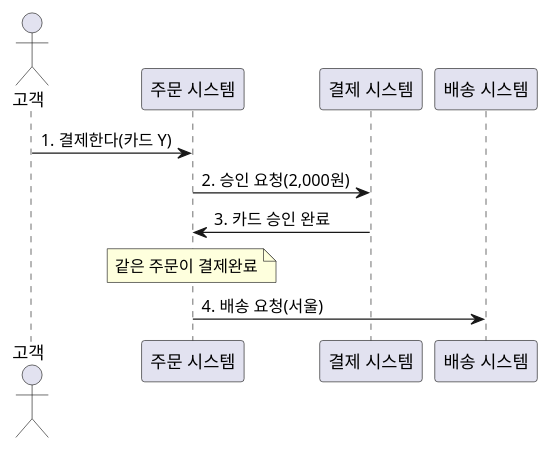
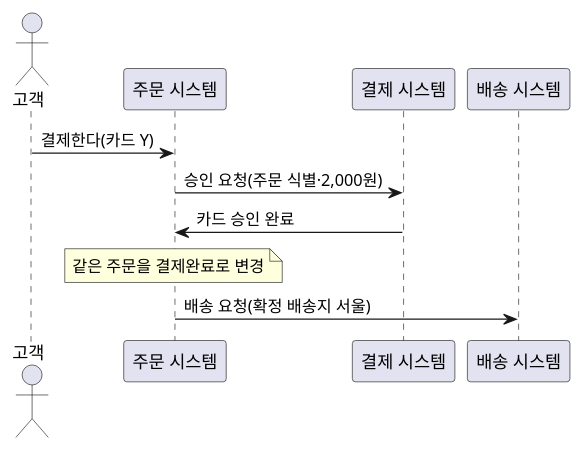
The fifth of 9 diagrams in courses/ai-native/sessions/s05.md (YoungSan77/TrainingMaterials), drawn with PlantUML before and after one commit. The commit also changed other lines of this file and 437 other files, not shown here.

````diff
--- a/courses/ai-native/sessions/s05.md
+++ b/courses/ai-native/sessions/s05.md
@@ -281,13 +273,13 @@
 ```plantuml:sequence
 @startuml
 actor 고객 as Customer
 participant "주문 시스템" as System
 participant "결제 시스템" as Payment
 participant "배송 시스템" as Delivery
-Customer -> System : 1. 결제한다(카드 Y)
-System -> Payment : 2. 승인 요청(2,000원)
-Payment -> System : 3. 카드 승인 완료
-note over System : 같은 주문이 결제완료
-System -> Delivery : 4. 배송 요청(서울)
+Customer -> System : 결제한다(카드 Y)
+System -> Payment : 승인 요청(주문 식별·2,000원)
+Payment -> System : 카드 승인 완료
+note over System : 같은 주문을 결제완료로 변경
+System -> Delivery : 배송 요청(확정 배송지 서울)
 @enduml
 ```
````
